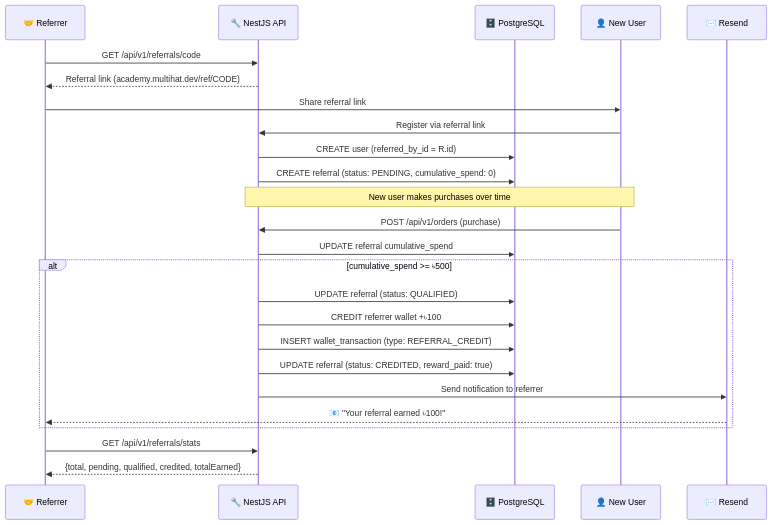
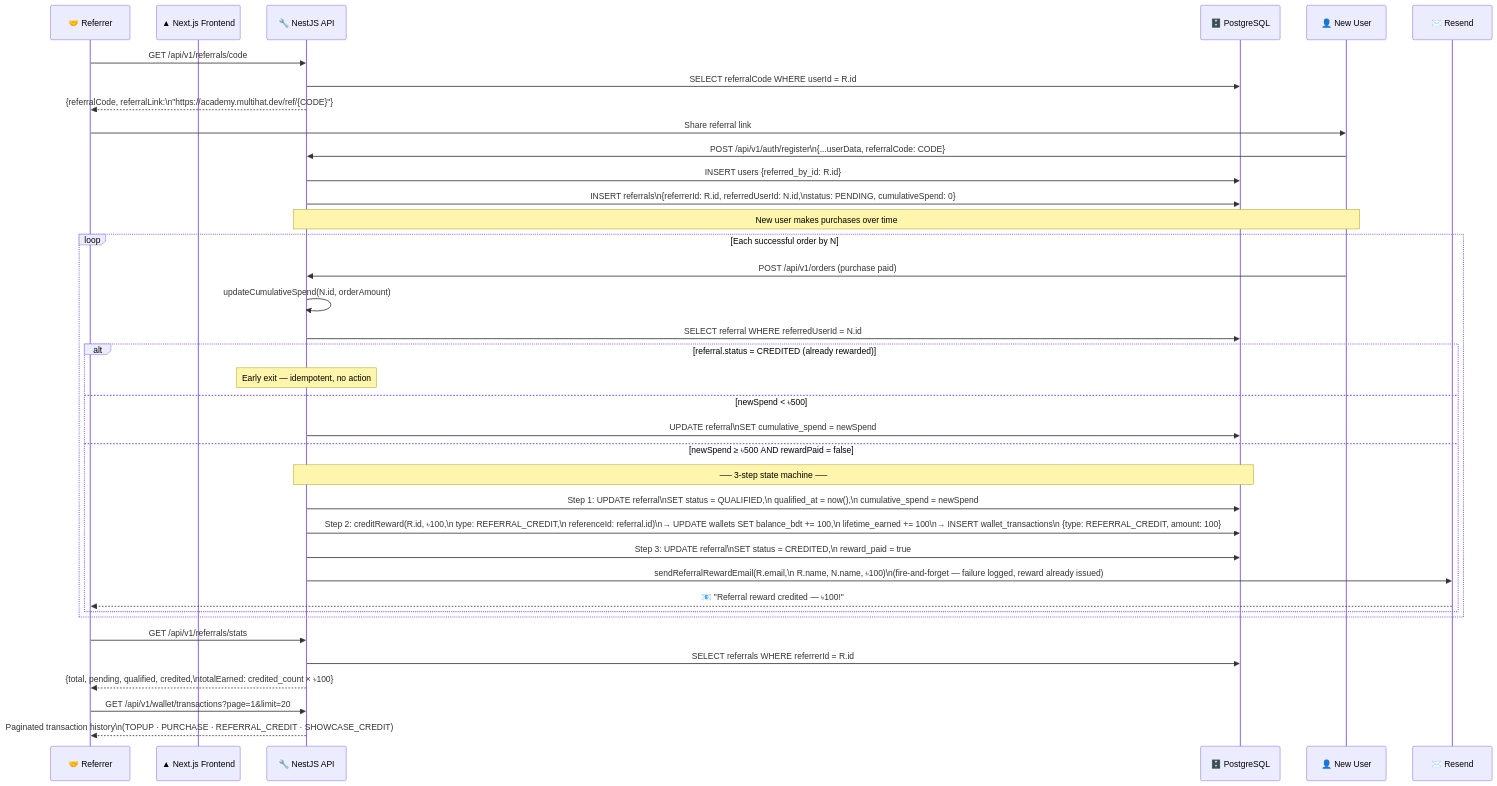
Before and after one commit to SagarBiswas-MultiHAT/academy: the fourth of 4 diagrams in diagrams/09-wallet-and-referral-flow.md, drawn with Mermaid. The commit also changed other lines of this file and 9 other files, not shown here.

First line of the commit message:
docs: comprehensive synchronization of architecture diagrams with backend source (1 to 10)

````diff
--- a/diagrams/09-wallet-and-referral-flow.md
+++ b/diagrams/09-wallet-and-referral-flow.md
@@ -39,34 +113,47 @@
 ```mermaid
 sequenceDiagram
     participant R as 🤝 Referrer
+    participant F as ▲ Next.js Frontend
     participant A as 🔧 NestJS API
     participant DB as 🗄️ PostgreSQL
     participant N as 👤 New User
     participant E as ✉️ Resend
 
     R->>A: GET /api/v1/referrals/code
-    A-->>R: Referral link (academy.multihat.dev/ref/CODE)
+    A->>DB: SELECT referralCode WHERE userId = R.id
+    A-->>R: {referralCode, referralLink:\n"https://academy.multihat.dev/ref/{CODE}"}
 
     R->>N: Share referral link
 
-    N->>A: Register via referral link
-    A->>DB: CREATE user (referred_by_id = R.id)
-    A->>DB: CREATE referral (status: PENDING, cumulative_spend: 0)
+    N->>A: POST /api/v1/auth/register\n{...userData, referralCode: CODE}
+    A->>DB: INSERT users {referred_by_id: R.id}
+    A->>DB: INSERT referrals\n{referrerId: R.id, referredUserId: N.id,\nstatus: PENDING, cumulativeSpend: 0}
 
     Note over N,A: New user makes purchases over time
 
-    N->>A: POST /api/v1/orders (purchase)
-    A->>DB: UPDATE referral cumulative_spend
+    loop Each successful order by N
+        N->>A: POST /api/v1/orders (purchase paid)
+        A->>A: updateCumulativeSpend(N.id, orderAmount)
+        A->>DB: SELECT referral WHERE referredUserId = N.id
 
-    alt cumulative_spend >= ৳500
-        A->>DB: UPDATE referral (status: QUALIFIED)
-        A->>DB: CREDIT referrer wallet +৳100
-        A->>DB: INSERT wallet_transaction (type: REFERRAL_CREDIT)
-        A->>DB: UPDATE referral (status: CREDITED, reward_paid: true)
-        A->>E: Send notification to referrer
-        E-->>R: 📧 "Your referral earned ৳100!"
+        alt referral.status = CREDITED (already rewarded)
+            Note over A: Early exit — idempotent, no action
+        else newSpend < ৳500
+            A->>DB: UPDATE referral\nSET cumulative_spend = newSpend
+        else newSpend ≥ ৳500 AND rewardPaid = false
+            Note over A,DB: ── 3-step state machine ──
+            A->>DB: Step 1: UPDATE referral\nSET status = QUALIFIED,\n    qualified_at = now(),\n    cumulative_spend = newSpend
+            A->>DB: Step 2: creditReward(R.id, ৳100,\n  type: REFERRAL_CREDIT,\n  referenceId: referral.id)\n→ UPDATE wallets SET balance_bdt += 100,\n           lifetime_earned += 100\n→ INSERT wallet_transactions\n  {type: REFERRAL_CREDIT, amount: 100}
+            A->>DB: Step 3: UPDATE referral\nSET status = CREDITED,\n    reward_paid = true
+            A->>E: sendReferralRewardEmail(R.email,\n  R.name, N.name, ৳100)\n(fire-and-forget — failure logged, reward already issued)
+            E-->>R: 📧 "Referral reward credited — ৳100!"
+        end
     end
 
     R->>A: GET /api/v1/referrals/stats
-    A-->>R: {total, pending, qualified, credited, totalEarned}
+    A->>DB: SELECT referrals WHERE referrerId = R.id
+    A-->>R: {total, pending, qualified, credited,\ntotalEarned: credited_count × ৳100}
+
+    R->>A: GET /api/v1/wallet/transactions?page=1&limit=20
+    A-->>R: Paginated transaction history\n(TOPUP · PURCHASE · REFERRAL_CREDIT · SHOWCASE_CREDIT)
 ```
````
